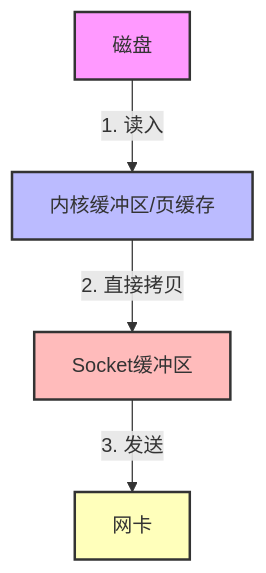
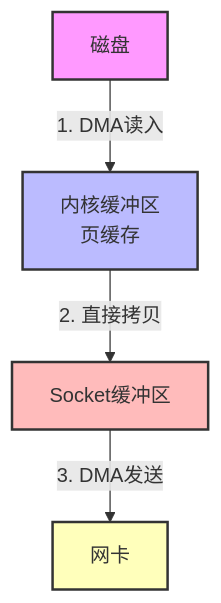
Before and after one commit to weiqiangxu/docs: the sixth of 7 diagrams in posts/linux/零拷贝.md, drawn with Mermaid. The commit also changed other lines of this file and 16 other files, not shown here.

````diff
--- a/posts/linux/零拷贝.md
+++ b/posts/linux/零拷贝.md
@@ -91,11 +114,11 @@
 ```mermaid
-graph TD
-    A[磁盘] -->|1. 读入| B[内核缓冲区/页缓存]
+flowchart TD
+    A[磁盘] -->|1. DMA读入| B[内核缓冲区<br/>页缓存]
     B -->|2. 直接拷贝| D[Socket缓冲区]
-    D -->|3. 发送| E[网卡]
+    D -->|3. DMA发送| E[网卡]
     
     style A fill:#f9f,stroke:#333,stroke-width:2px
     style B fill:#bbf,stroke:#333,stroke-width:2px
     style D fill:#fbb,stroke:#333,stroke-width:2px
     style E fill:#ffb,stroke:#333,stroke-width:2px
 ```
````
